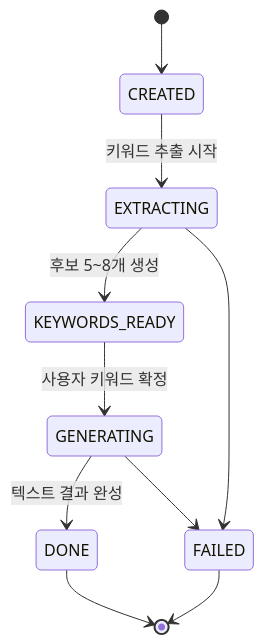
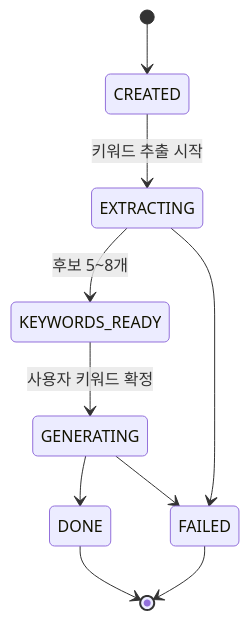
Before and after one commit to Ohhaeseo/Gojeom_AAC: the second of 2 diagrams in ERD.md, drawn with Mermaid. The commit also changed other lines of this file and 4 other files, not shown here.

First line of the commit message:
docs: 시안 대조 결과 반영 — design.md 신규, PRD·API·ERD 전면 갱신

````diff
--- a/ERD.md
+++ b/ERD.md
@@ -265,12 +278,12 @@
 ```mermaid
 stateDiagram-v2
     [*] --> CREATED
     CREATED --> EXTRACTING : 키워드 추출 시작
-    EXTRACTING --> KEYWORDS_READY : 후보 5~8개 생성
+    EXTRACTING --> KEYWORDS_READY : 후보 5~8개
     EXTRACTING --> FAILED
     KEYWORDS_READY --> GENERATING : 사용자 키워드 확정
-    GENERATING --> DONE : 텍스트 결과 완성
+    GENERATING --> DONE
     GENERATING --> FAILED
     DONE --> [*]
     FAILED --> [*]
 ```
````
